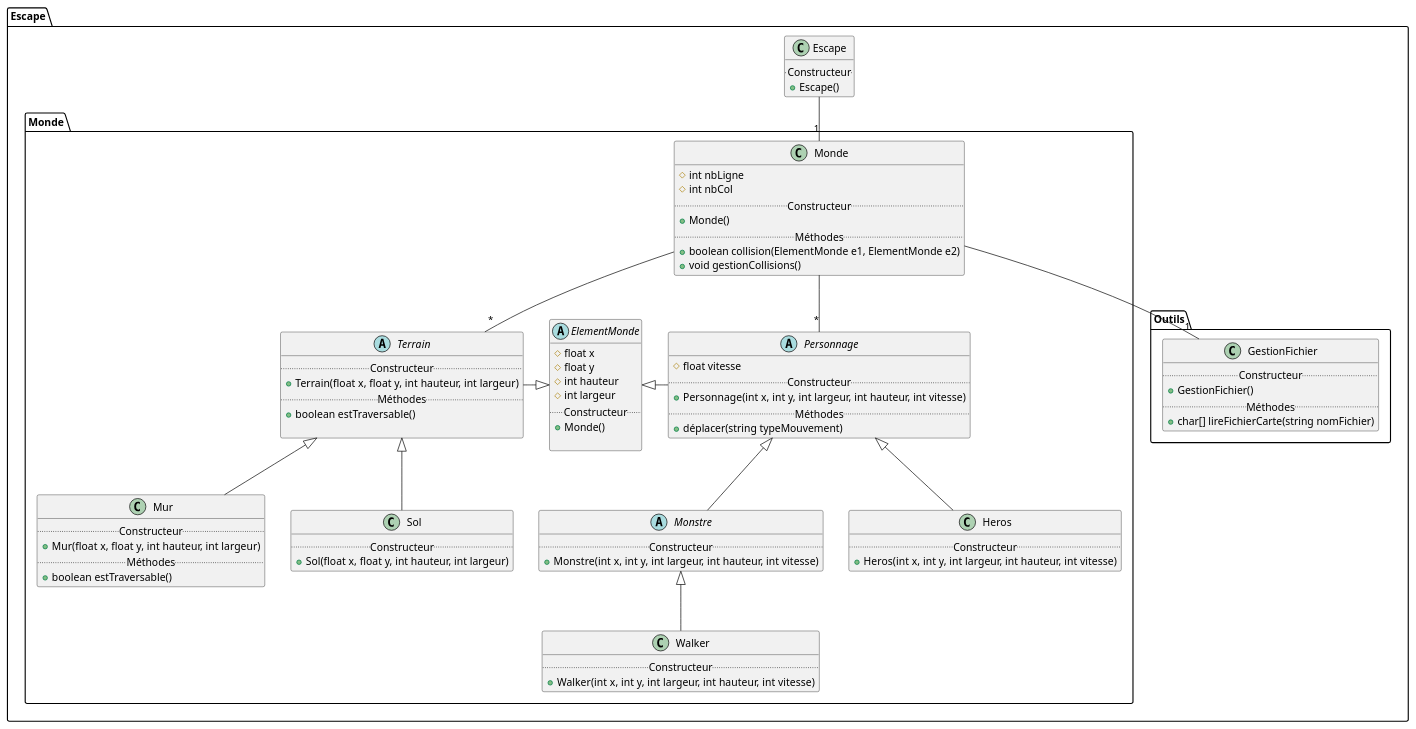
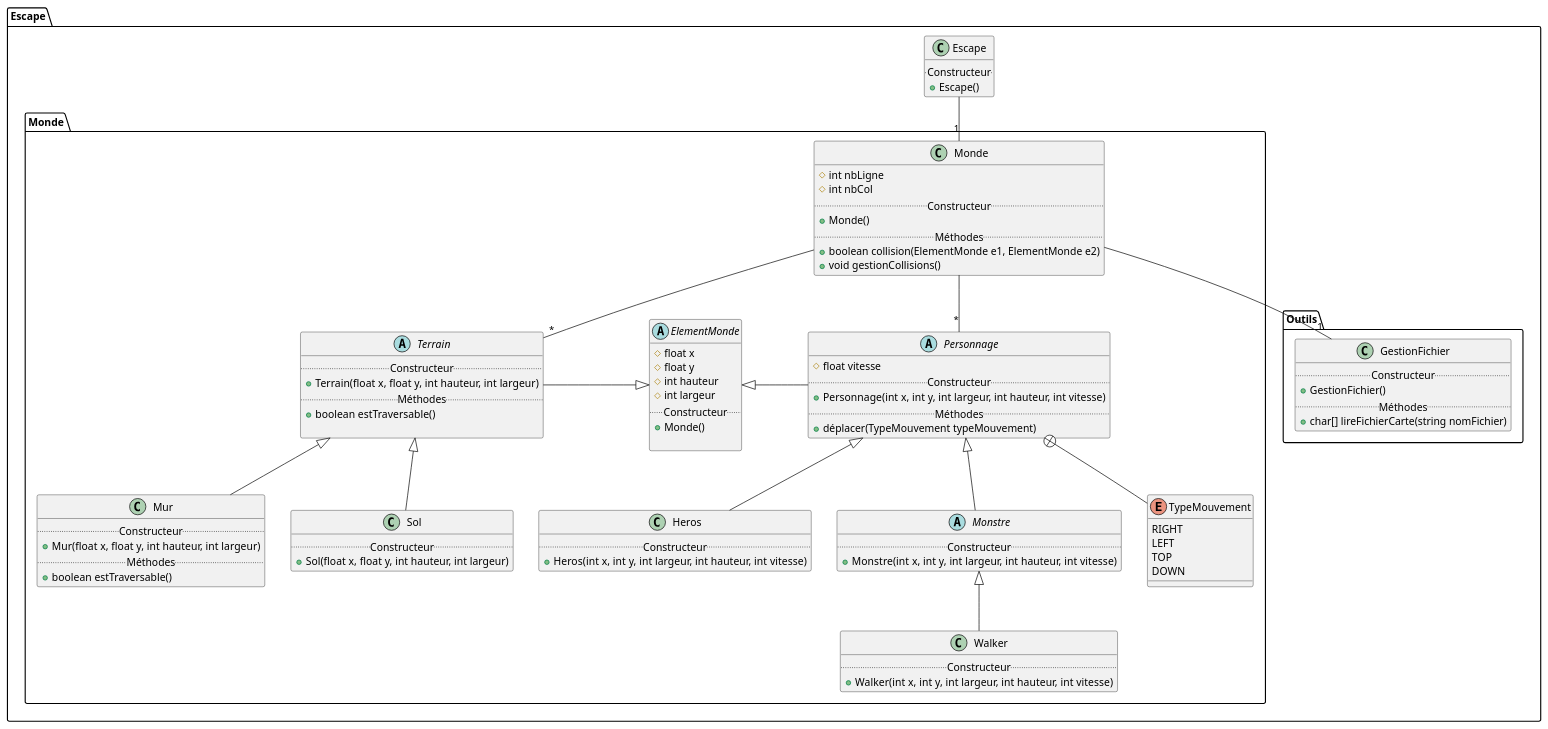
The diagram in docs/sprints/0/uml/class-diagram.puml (victord54/escape), drawn with PlantUML before and after one commit. The commit also changed 1 other file, not shown here.

Commit message:
update diagramme de classe 0 (add TypeMouvement)

```diff
--- a/docs/sprints/0/uml/class-diagram.puml
+++ b/docs/sprints/0/uml/class-diagram.puml
@@ -1,102 +1,111 @@
 @startuml
 
 package Escape{
 
   package Monde {
     abstract class ElementMonde {
       # float x
       # float y
       # int hauteur
       # int largeur
       ..Constructeur..
       + Monde()
 
     }
     abstract class Terrain {
       ..Constructeur..
       + Terrain(float x, float y, int hauteur, int largeur)
       ..Méthodes..
       + boolean estTraversable()
 
     }
 
     class Mur {
       ..Constructeur..
       + Mur(float x, float y, int hauteur, int largeur)
       ..Méthodes..
       + boolean estTraversable()
     }
 
     class Sol{
     ..Constructeur..
     + Sol(float x, float y, int hauteur, int largeur)
     }
 
 
     abstract class Personnage {
       # float vitesse
       ..Constructeur..
       + Personnage(int x, int y, int largeur, int hauteur, int vitesse)
       ..Méthodes..
-      + déplacer(string typeMouvement)
+      + déplacer(TypeMouvement typeMouvement)
+    }
+
+    enum TypeMouvement{
+        RIGHT
+        LEFT
+        TOP
+        DOWN
     }
 
     class Heros {
       ..Constructeur..
       + Heros(int x, int y, int largeur, int hauteur, int vitesse)
     }
 
     abstract class Monstre {
       ..Constructeur..
       + Monstre(int x, int y, int largeur, int hauteur, int vitesse)
     }
 
     class Walker{
       ..Constructeur..
       + Walker(int x, int y, int largeur, int hauteur, int vitesse)
     }
 
     class Monde{
       # int nbLigne
       # int nbCol
       ..Constructeur..
       + Monde()
       ..Méthodes..
       + boolean collision(ElementMonde e1, ElementMonde e2)
       + void gestionCollisions()
     }
   }
 
   class Escape {
     ..Constructeur..
     + Escape()
   }
 
   package Outils {
     class GestionFichier {
         ..Constructeur..
         + GestionFichier()
         ..Méthodes..
         + char[] lireFichierCarte(string nomFichier)
     }
   }
 }
 
 Escape.Escape -- "1" Escape.Monde.Monde
 Personnage -left-|> ElementMonde
 Heros -up-|> Personnage
 Monstre -up-|> Personnage
 Walker -up-|> Monstre
 
 Terrain -right-|> ElementMonde
 Mur -up-|> Terrain
 Sol -up-|> Terrain
 
 
 Escape.Monde.Monde -- "*" Personnage
 Escape.Monde.Monde -- "*" Terrain
 
 
 Escape.Monde.Monde -- "1" GestionFichier
 
+Personnage +-- TypeMouvement
+
 @enduml
```
